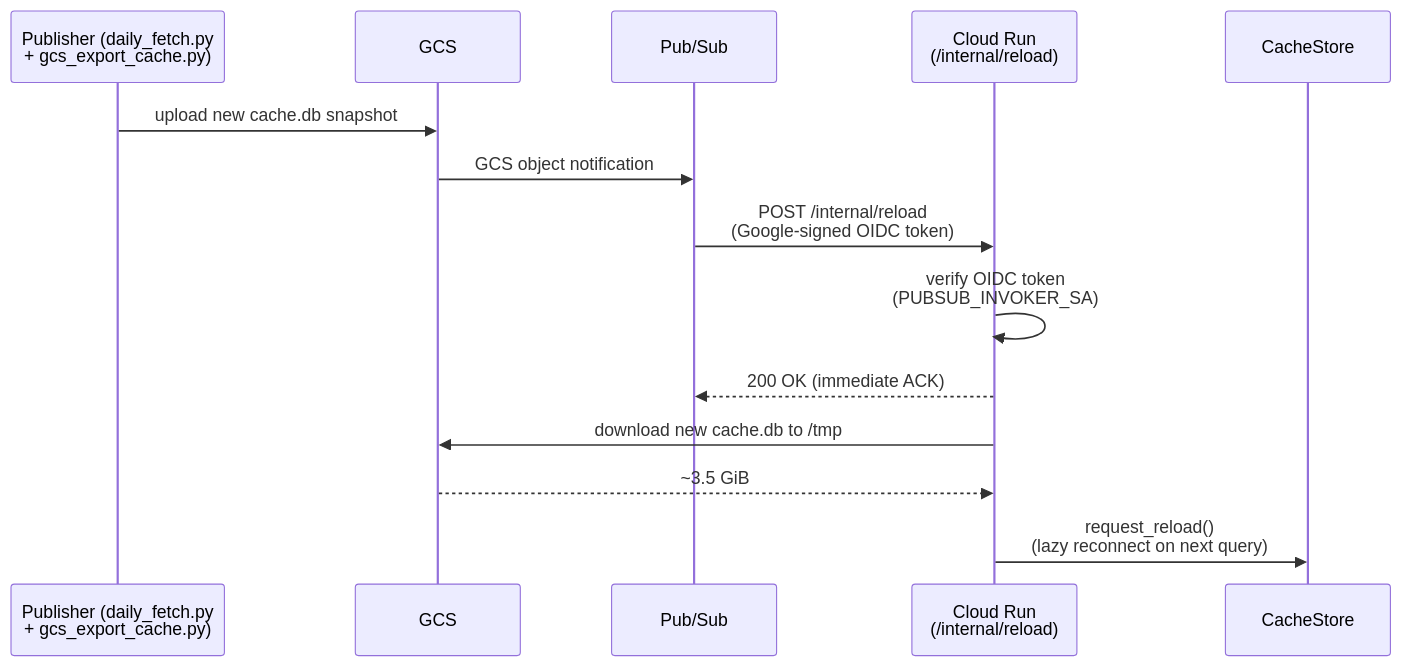
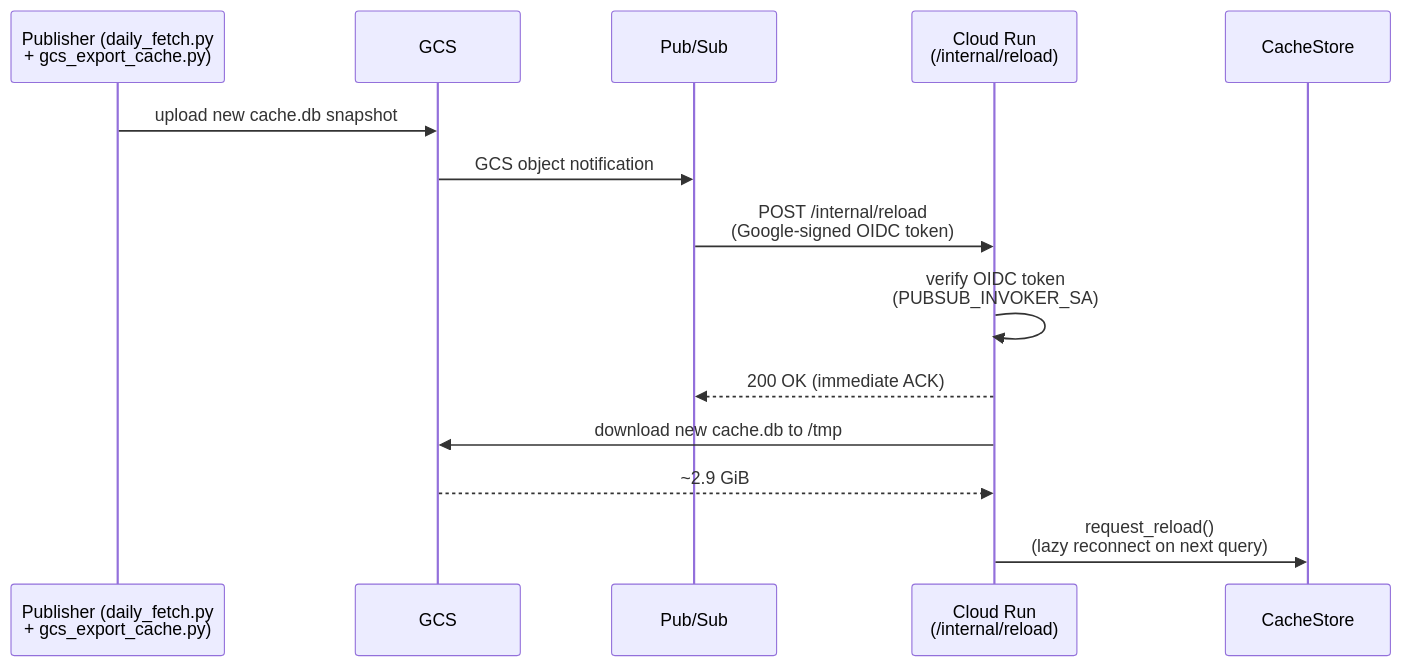
Before and after one commit to shigechika/jquants-mcp: the third of 4 diagrams in README.md, drawn with Mermaid. The commit also changed other lines of this file and 1 other file, not shown here.

````diff
--- a/README.md
+++ b/README.md
@@ -817,17 +817,17 @@
 ```mermaid
 sequenceDiagram
     participant P as Publisher (daily_fetch.py<br/>+ gcs_export_cache.py)
     participant G as GCS
     participant PS as Pub/Sub
     participant CR as Cloud Run<br/>(/internal/reload)
     participant C as CacheStore
 
     P->>G: upload new cache.db snapshot
     G->>PS: GCS object notification
     PS->>CR: POST /internal/reload<br/>(Google-signed OIDC token)
     CR->>CR: verify OIDC token<br/>(PUBSUB_INVOKER_SA)
     CR-->>PS: 200 OK (immediate ACK)
     CR->>G: download new cache.db to /tmp
-    G-->>CR: ~3.5 GiB
+    G-->>CR: ~2.9 GiB
     CR->>C: request_reload()<br/>(lazy reconnect on next query)
 ```
````
